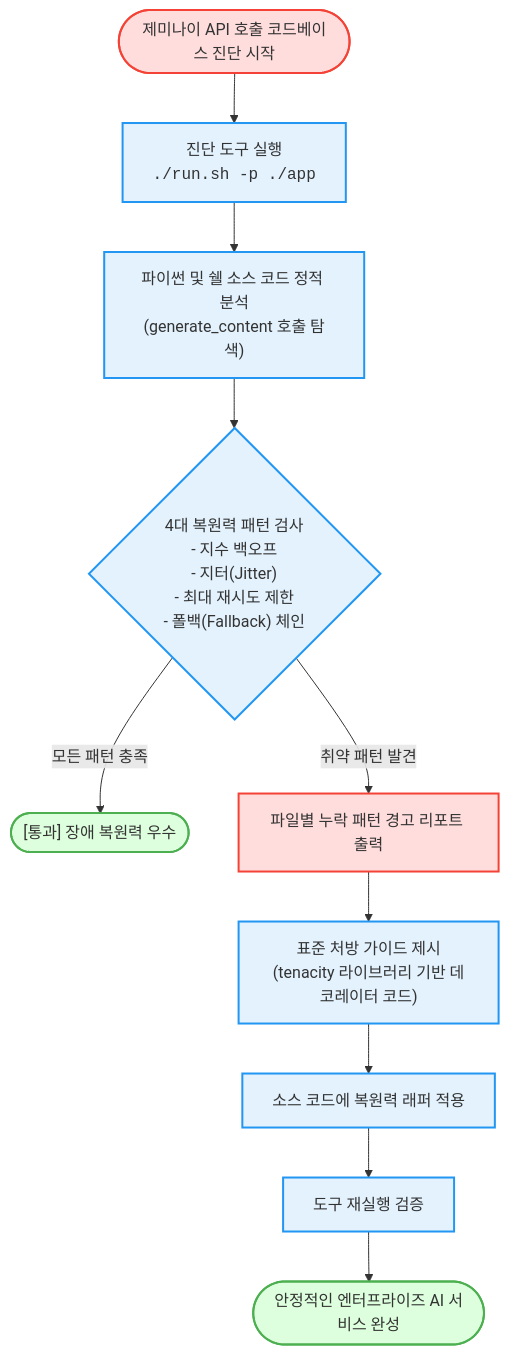
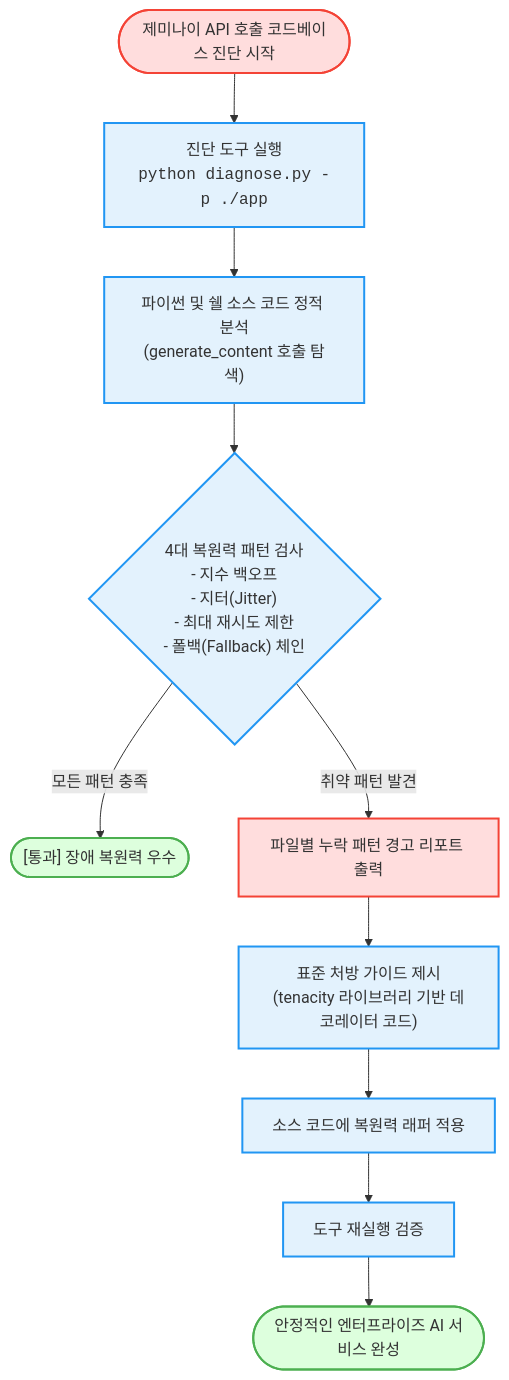
Before and after one commit to jiangjun-forge/google-cloud-0-to-1: the diagram in samples/gemini-resilience-checker/README.md, drawn with Mermaid. The commit also changed other lines of this file and 180 other files, not shown here.

````diff
--- a/samples/gemini-resilience-checker/README.md
+++ b/samples/gemini-resilience-checker/README.md
@@ -38,22 +38,22 @@
 ```mermaid
 flowchart TD
-    Start(["제미나이 API 호출 코드베이스 진단 시작"]) --> RunTool["진단 도구 실행<br/><code>./run.sh -p ./app</code>"]
+    Start(["제미나이 API 호출 코드베이스 진단 시작"]) --> RunTool["진단 도구 실행<br/><code>python diagnose.py -p ./app</code>"]
     
     RunTool --> ScanCode["파이썬 및 쉘 소스 코드 정적 분석<br/>(generate_content 호출 탐색)"]
     ScanCode --> CheckPatterns{"4대 복원력 패턴 검사<br/>- 지수 백오프<br/>- 지터(Jitter)<br/>- 최대 재시도 제한<br/>- 폴백(Fallback) 체인"}
     
     CheckPatterns -- "모든 패턴 충족" --> Pass(["[통과] 장애 복원력 우수"])
     CheckPatterns -- "취약 패턴 발견" --> Report["파일별 누락 패턴 경고 리포트 출력"]
     
     Report --> Prescribe["표준 처방 가이드 제시<br/>(tenacity 라이브러리 기반 데코레이터 코드)"]
     Prescribe --> Apply["소스 코드에 복원력 래퍼 적용"]
     Apply --> Retest["도구 재실행 검증"]
     Retest --> Done(["안정적인 엔터프라이즈 AI 서비스 완성"])
 
     classDef alert fill:#ffdddd,stroke:#f44336,stroke-width:2px;
     classDef success fill:#ddffdd,stroke:#4caf50,stroke-width:2px;
     classDef action fill:#e3f2fd,stroke:#2196f3,stroke-width:2px;
     class Start,Report alert;
     class Pass,Done success;
     class RunTool,ScanCode,CheckPatterns,Prescribe,Apply,Retest action;
 ```
````
